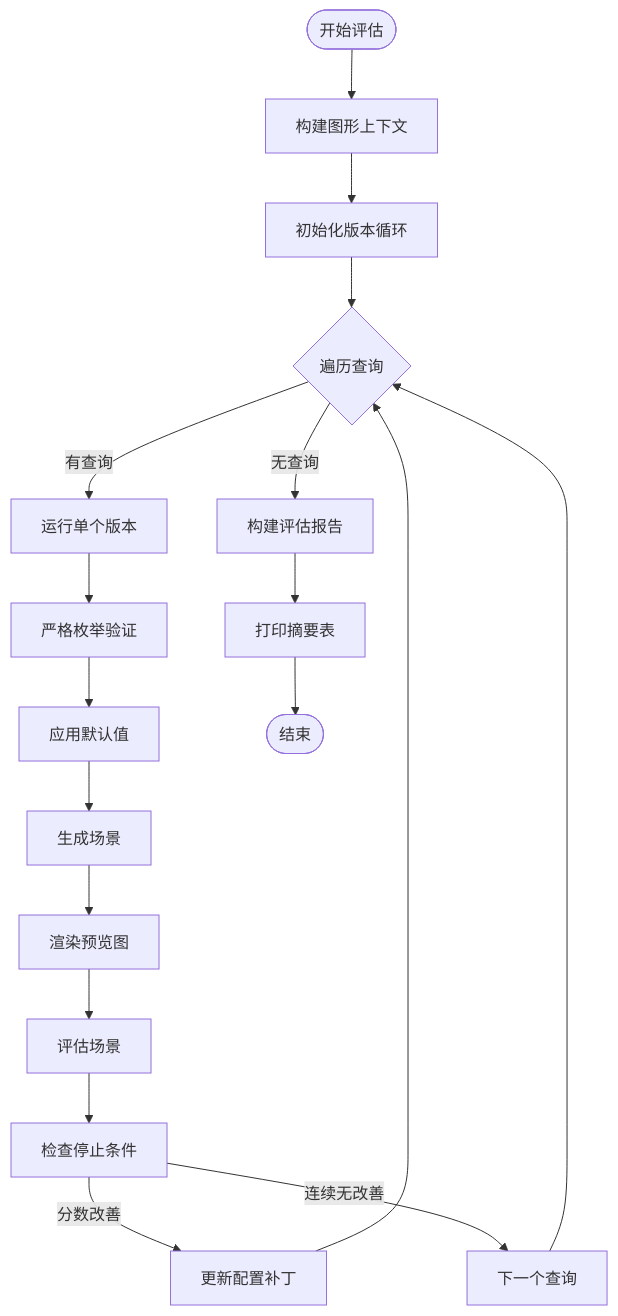
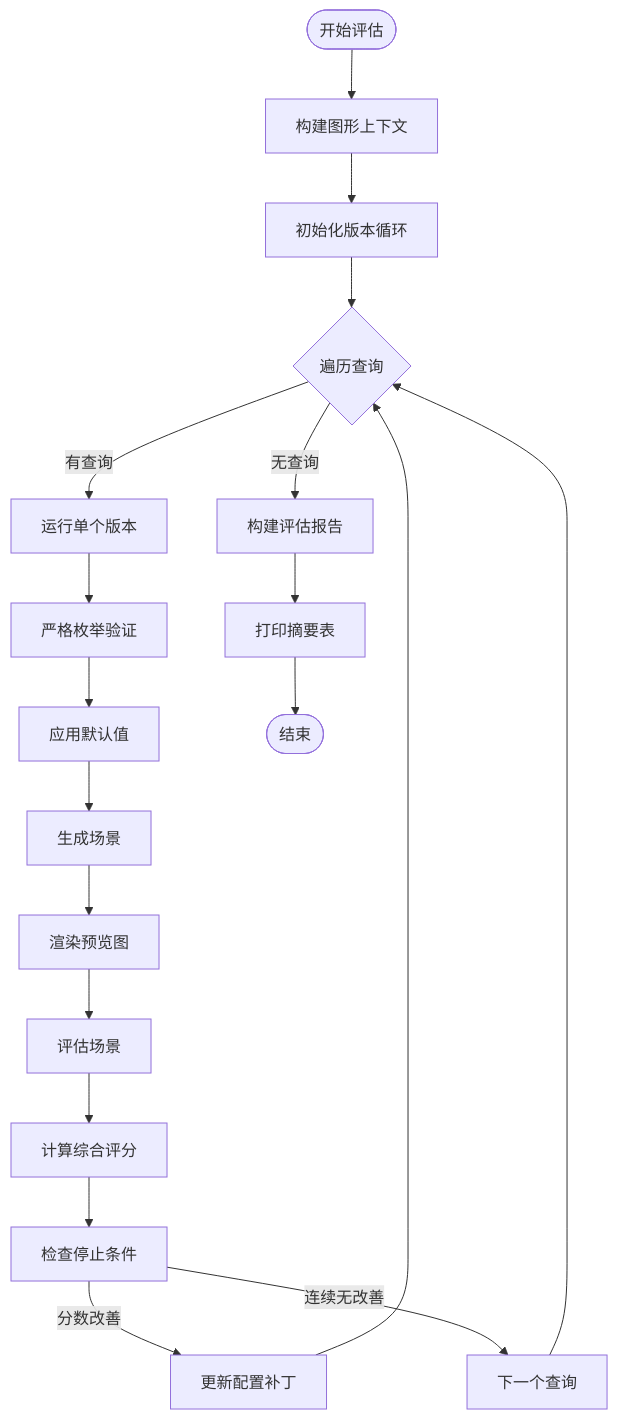
Before and after one commit to wsqstar/RoadGen3D: the seventh of 25 diagrams in .qoder/repowiki/zh/content/里程碑管道/自动场景生成流水线/多版本自动评估系统.md, drawn with Mermaid. The commit also changed other lines of this file and 12 other files, not shown here.

````diff
--- a/.qoder/repowiki/zh/content/里程碑管道/自动场景生成流水线/多版本自动评估系统.md
+++ b/.qoder/repowiki/zh/content/里程碑管道/自动场景生成流水线/多版本自动评估系统.md
@@ -283,20 +342,21 @@
 ```mermaid
 flowchart TD
 Start([开始评估]) --> BuildCtx[构建图形上下文]
 BuildCtx --> InitLoop[初始化版本循环]
 InitLoop --> ForEachQuery{遍历查询}
 ForEachQuery --> |有查询| RunVersion[运行单个版本]
 ForEachQuery --> |无查询| BuildReport[构建评估报告]
 RunVersion --> SanitizePatch[严格枚举验证]
 SanitizePatch --> ApplyDefaults[应用默认值]
 ApplyDefaults --> GenerateScene[生成场景]
 GenerateScene --> RenderPreview[渲染预览图]
 RenderPreview --> EvaluateScene[评估场景]
-EvaluateScene --> CheckStop[检查停止条件]
+EvaluateScene --> ComputeCombinedScore[计算综合评分]
+ComputeCombinedScore --> CheckStop[检查停止条件]
 CheckStop --> |分数改善| UpdatePatch[更新配置补丁]
 CheckStop --> |连续无改善| NextQuery[下一个查询]
 UpdatePatch --> ForEachQuery
 NextQuery --> ForEachQuery
 BuildReport --> PrintSummary[打印摘要表]
 PrintSummary --> End([结束])
 ```
````
